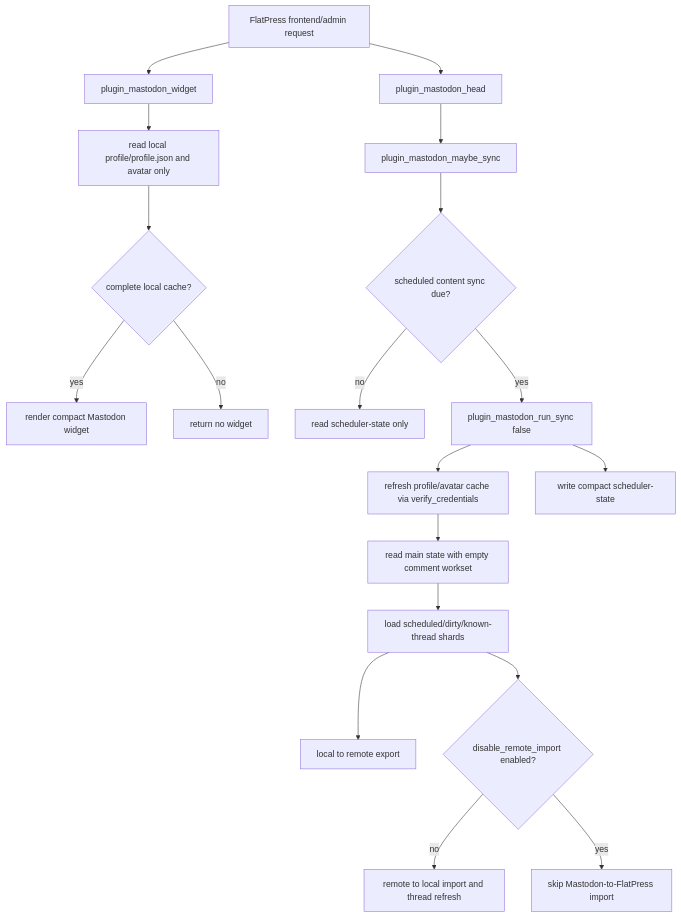
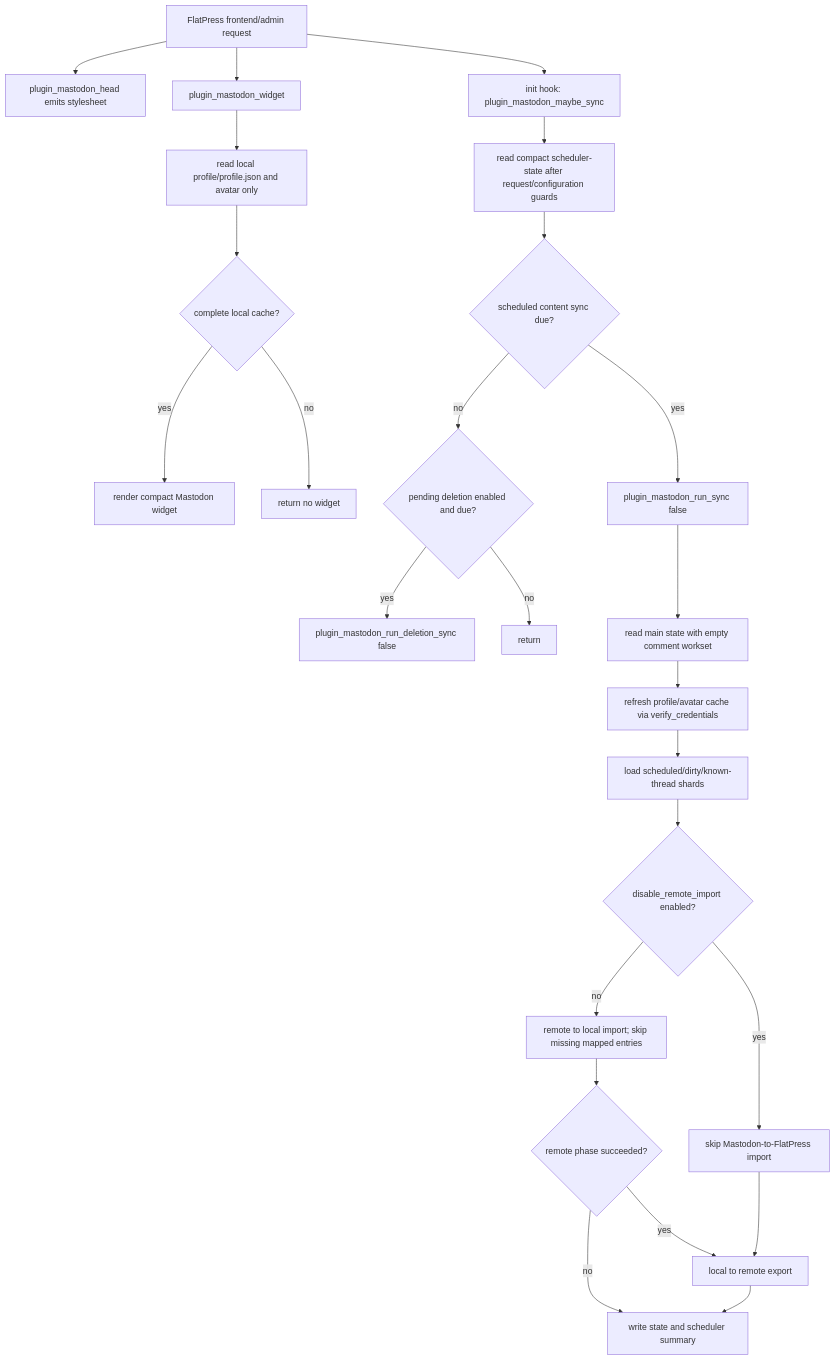
One commit to flatpressblog/flatpress changed the first of 6 diagrams in fp-plugins/mastodon/developer-docs/07-Function-Organigram.md. Above: the diagram before and after it, drawn with Mermaid. The commit also changed other lines of this file and 10 other files, not shown here.

First line of the commit message:
Fix re-import of locally deleted Mastodon-linked entries

````diff
--- a/fp-plugins/mastodon/developer-docs/07-Function-Organigram.md
+++ b/fp-plugins/mastodon/developer-docs/07-Function-Organigram.md
@@ -64,21 +64,27 @@
 ```mermaid
 flowchart TD
-	Front[FlatPress frontend/admin request] --> Head[plugin_mastodon_head]
+	Front[FlatPress frontend/admin request] --> Head[plugin_mastodon_head emits stylesheet]
 	Front --> Widget[plugin_mastodon_widget]
 	Widget --> ProfileCache[read local profile/profile.json and avatar only]
 	ProfileCache --> WidgetOut{complete local cache?}
 	WidgetOut -- yes --> Render[render compact Mastodon widget]
 	WidgetOut -- no --> Hide[return no widget]
-	Head --> Maybe[plugin_mastodon_maybe_sync]
-	Maybe --> Due{scheduled content sync due?}
-	Due -- no --> Fast[read scheduler-state only]
+	Front --> Init[init hook: plugin_mastodon_maybe_sync]
+	Init --> Fast[read compact scheduler-state after request/configuration guards]
+	Fast --> Due{scheduled content sync due?}
 	Due -- yes --> Run[plugin_mastodon_run_sync false]
-	Run --> ProfileRefresh[refresh profile/avatar cache via verify_credentials]
-	ProfileRefresh --> EmptyState[read main state with empty comment workset]
-	EmptyState --> Workset[load scheduled/dirty/known-thread shards]
-	Workset --> LocalRemote[local to remote export]
+	Due -- no --> DeleteDue{pending deletion enabled and due?}
+	DeleteDue -- yes --> DeleteRun[plugin_mastodon_run_deletion_sync false]
+	DeleteDue -- no --> End[return]
+	Run --> EmptyState[read main state with empty comment workset]
+	EmptyState --> ProfileRefresh[refresh profile/avatar cache via verify_credentials]
+	ProfileRefresh --> Workset[load scheduled/dirty/known-thread shards]
 	Workset --> OneWay{disable_remote_import enabled?}
-	OneWay -- no --> RemoteLocal[remote to local import and thread refresh]
+	OneWay -- no --> RemoteLocal[remote to local import; skip missing mapped entries]
 	OneWay -- yes --> SkipRemote[skip Mastodon-to-FlatPress import]
-	Run --> Scheduler[write compact scheduler-state]
+	RemoteLocal --> RemoteOk{remote phase succeeded?}
+	RemoteOk -- yes --> LocalRemote[local to remote export]
+	RemoteOk -- no --> Persist[write state and scheduler summary]
+	SkipRemote --> LocalRemote
+	LocalRemote --> Persist
 ```
````
